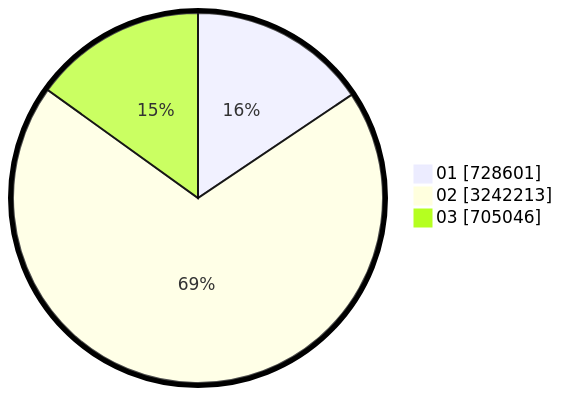
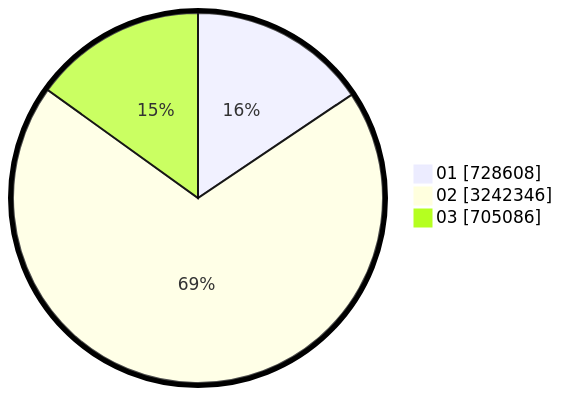
The second of 2 diagrams in pilpres/hitung-suara/sub/table-wilayah-18.md (gigit-pemilu/pemilu-2024), drawn with Mermaid before and after one commit. The commit also changed other lines of this file and 10 other files, not shown here.

````diff
--- a/pilpres/hitung-suara/sub/table-wilayah-18.md
+++ b/pilpres/hitung-suara/sub/table-wilayah-18.md
@@ -15,7 +15,7 @@
 ```mermaid
 %%{init: {"pie": {"textPosition": 0.5}, "themeVariables": {"pieOuterStrokeWidth": "5px"}} }%%
 pie showData
-    "01" : 728601
-    "02" : 3242213
-    "03" : 705046
+    "01" : 728608
+    "02" : 3242346
+    "03" : 705086
 ```
````
